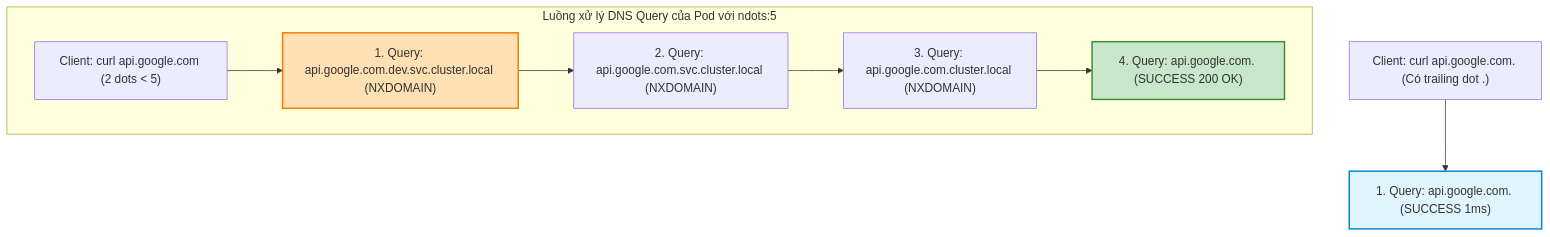
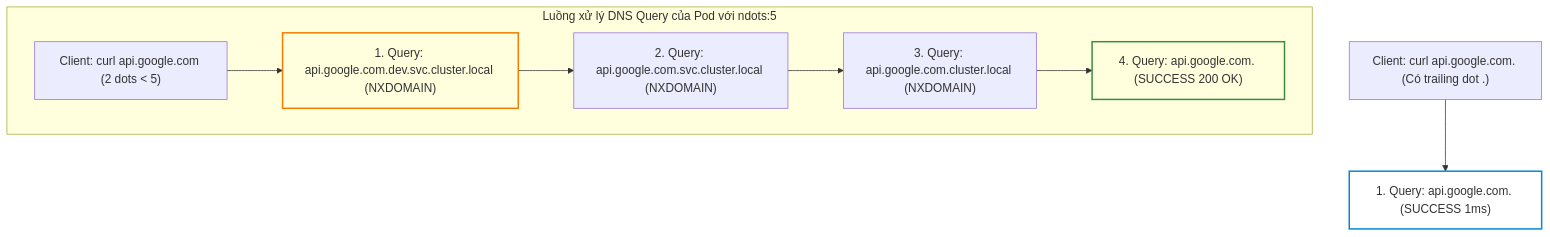
One commit to kiennt308/ntk changed the first of 3 diagrams in _posts/2026-09-12-cka-23-23-coredns-va-phan-giai-ten.md. Above: the diagram before and after it, drawn with Mermaid. The commit also changed other lines of this file and 207 other files, not shown here.

Commit message:
feat(posts): batch standardize all 208 posts with TL;DR, qa-card accordion, fill:none mermaid, and liquid raw wrappers

````diff
--- a/_posts/2026-09-12-cka-23-23-coredns-va-phan-giai-ten.md
+++ b/_posts/2026-09-12-cka-23-23-coredns-va-phan-giai-ten.md
@@ -155,15 +159,15 @@
 ```mermaid
 graph TD
     subgraph DNS_Lookup_Flow ["Luồng xử lý DNS Query của Pod với ndots:5"]
         REQ["Client: curl api.google.com (2 dots < 5)"] --> SEARCH1["1. Query: api.google.com.dev.svc.cluster.local (NXDOMAIN)"]
         SEARCH1 --> SEARCH2["2. Query: api.google.com.svc.cluster.local (NXDOMAIN)"]
         SEARCH2 --> SEARCH3["3. Query: api.google.com.cluster.local (NXDOMAIN)"]
         SEARCH3 --> GOBAL["4. Query: api.google.com. (SUCCESS 200 OK)"]
     end
 
     REQ_DOT["Client: curl api.google.com. (Có trailing dot .)"] --> DIRECT["1. Query: api.google.com. (SUCCESS 1ms)"]
 
-    style SEARCH1 fill:#ffe0b2,stroke:#f57c00,stroke-width:2px
-    style GOBAL fill:#c8e6c9,stroke:#388e3c,stroke-width:2px
-    style DIRECT fill:#e1f5fe,stroke:#0288d1,stroke-width:2px
+    style SEARCH1 fill:none,stroke:#f57c00,stroke-width:2px
+    style GOBAL fill:none,stroke:#388e3c,stroke-width:2px
+    style DIRECT fill:none,stroke:#0288d1,stroke-width:2px
 ```
````
